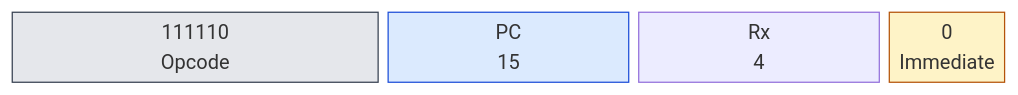
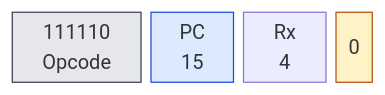
One commit to olfp/Deep16 changed the fourth of 4 diagrams in book/kap04.md. Above: the diagram before and after it, drawn with Mermaid. The commit also changed other lines of this file and 1 other file, not shown here.

Commit message:
book: Bitdiagramme Kap. 4 auf 16-Bit-Spalten (jede Box = Bitbreite) überarbeitet

````diff
--- a/book/kap04.md
+++ b/book/kap04.md
@@ -276,14 +276,14 @@
 ```mermaid
 block-beta
   columns 16
   classDef op fill:#e5e7eb,stroke:#374151
   classDef reg fill:#dbeafe,stroke:#1d4ed8
   classDef imm fill:#fef3c7,stroke:#b45309
   b0["111110<br/>Opcode"]:6
   b1["PC<br/>15"]:4
   b2["Rx<br/>4"]:4
-  b3["0<br/>Immediate"]:2
+  b3["0"]:2
   class b0 op
   class b1 b2 reg
   class b3 imm
 ```
````
